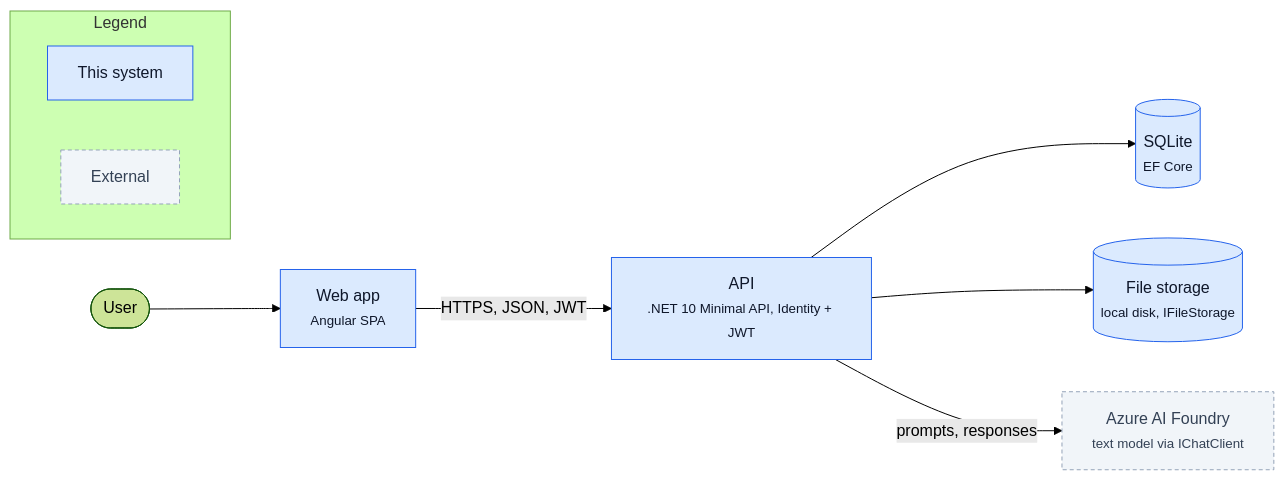
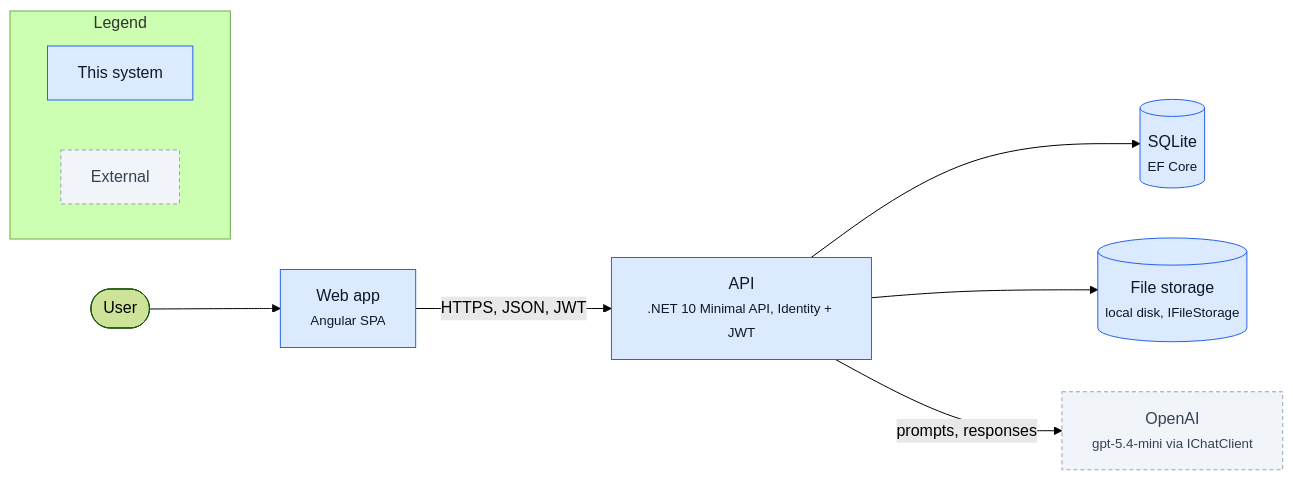
Before and after one commit to sushovan-code/Ai-Sdlc: the diagram in docs/diagrams/containers.mmd, drawn with Mermaid (forest theme). The commit also changed 176 other files, not shown here.

```diff
--- a/docs/diagrams/containers.mmd
+++ b/docs/diagrams/containers.mmd
@@ -1,24 +1,24 @@
 %% Container view. Claude rewrites this from the code via /update-diagrams.
 %% Accent (#2563EB) marks this system's own containers; grey is everything else.
 flowchart LR
   classDef ours fill:#DBEAFE,stroke:#2563EB,color:#0F172A
   classDef ext fill:#F1F5F9,stroke:#94A3B8,color:#334155,stroke-dasharray:4 3
 
   user([User])
   web[Web app<br/><small>Angular SPA</small>]:::ours
   api[API<br/><small>.NET 10 Minimal API, Identity + JWT</small>]:::ours
   db[(SQLite<br/><small>EF Core</small>)]:::ours
   files[(File storage<br/><small>local disk, IFileStorage</small>)]:::ours
-  ai[Azure AI Foundry<br/><small>text model via IChatClient</small>]:::ext
+  ai[OpenAI<br/><small>gpt-5.4-mini via IChatClient</small>]:::ext
 
   user --> web
   web -->|HTTPS, JSON, JWT| api
   api --> db
   api --> files
   api -->|prompts, responses| ai
 
   subgraph Legend
     direction LR
     l1[This system]:::ours
     l2[External]:::ext
   end
```
